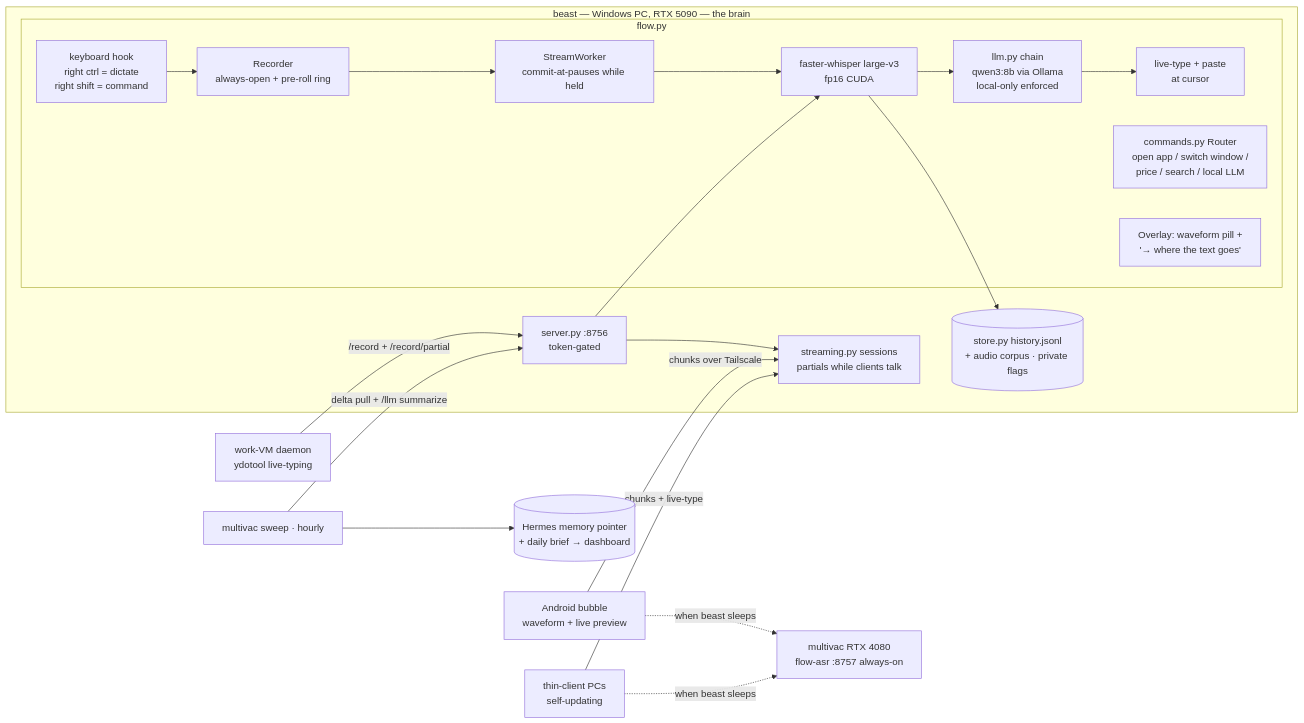
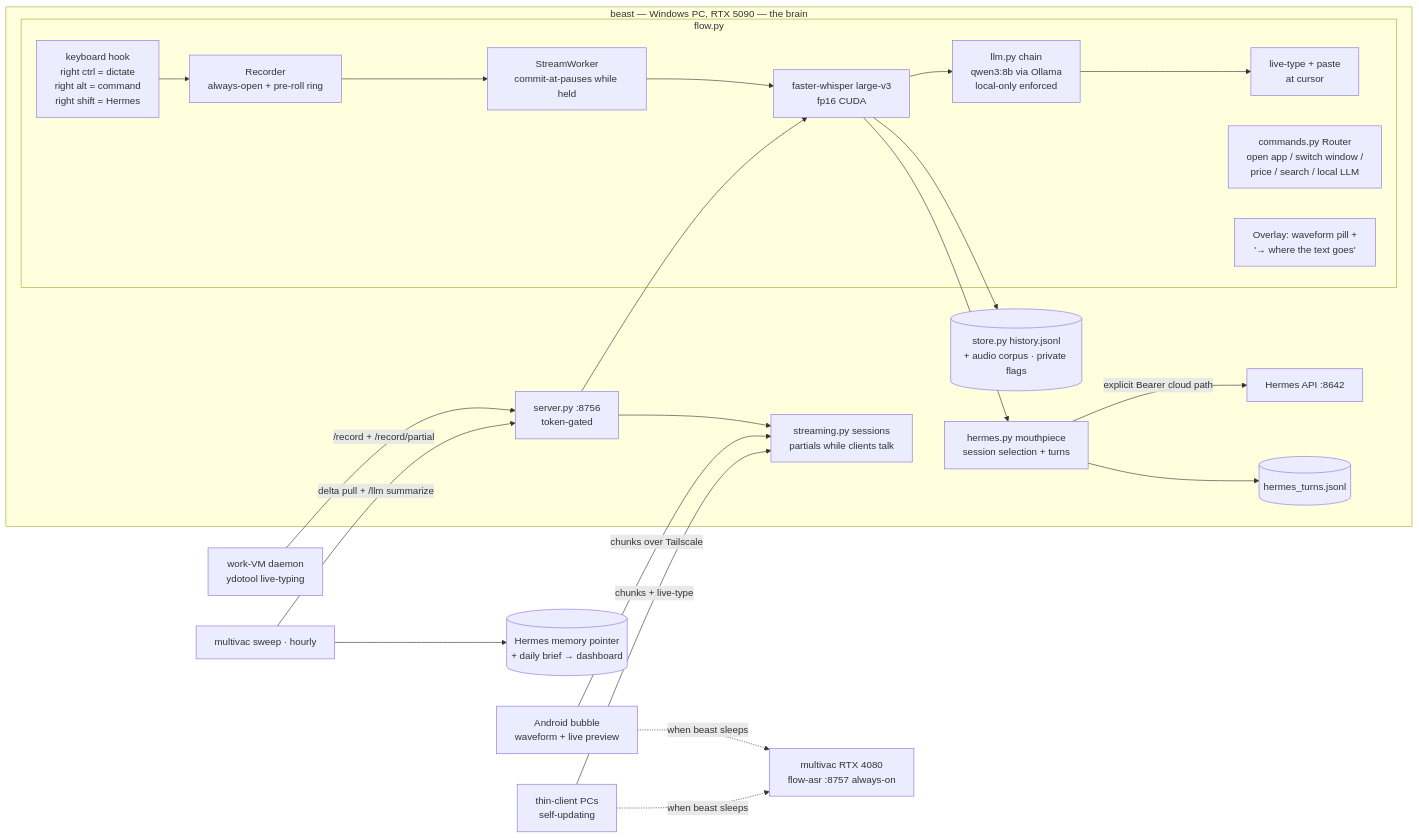
One commit to 0xmzz/flow changed the first of 2 diagrams in ARCHITECTURE.md. Above: the diagram before and after it, drawn with Mermaid. The commit also changed other lines of this file and 7 other files, not shown here.

First line of the commit message:
Add Hermes mouthpiece: right-shift voice conversation with the agent

````diff
--- a/ARCHITECTURE.md
+++ b/ARCHITECTURE.md
@@ -10,23 +10,26 @@
 ```mermaid
 flowchart LR
   subgraph beast[beast — Windows PC, RTX 5090 — the brain]
     subgraph app[flow.py]
-      HK[keyboard hook<br/>right ctrl = dictate<br/>right shift = command] --> REC[Recorder<br/>always-open + pre-roll ring]
+      HK[keyboard hook<br/>right ctrl = dictate<br/>right alt = command<br/>right shift = Hermes] --> REC[Recorder<br/>always-open + pre-roll ring]
       REC --> SW[StreamWorker<br/>commit-at-pauses while held]
       SW --> ASR[faster-whisper large-v3<br/>fp16 CUDA]
       ASR --> CL[llm.py chain<br/>qwen3:8b via Ollama<br/>local-only enforced]
       CL --> PASTE[live-type + paste<br/>at cursor]
       CMD[commands.py Router<br/>open app / switch window /<br/>price / search / local LLM]
       OV[Overlay: waveform pill +<br/>'→ where the text goes']
     end
     ASR --> ST[(store.py history.jsonl<br/>+ audio corpus · private flags)]
+    ASR --> HM[hermes.py mouthpiece<br/>session selection + turns]
+    HM -->|explicit Bearer cloud path| HAPI[Hermes API :8642]
+    HM --> HT[(hermes_turns.jsonl)]
     SRV[server.py :8756<br/>token-gated] --> ASR
     SRV --> STREAMS[streaming.py sessions<br/>partials while clients talk]
   end
   PHONE[Android bubble<br/>waveform + live preview] -->|chunks over Tailscale| STREAMS
   WIFE[thin-client PCs<br/>self-updating] -->|chunks + live-type| STREAMS
   VM[work-VM daemon<br/>ydotool live-typing] -->|/record + /record/partial| SRV
   PHONE & WIFE -.->|when beast sleeps| NODE[multivac RTX 4080<br/>flow-asr :8757 always-on]
   MV[multivac sweep · hourly] -->|delta pull + /llm summarize| SRV
   MV --> HB[(Hermes memory pointer<br/>+ daily brief → dashboard)]
 ```
````
